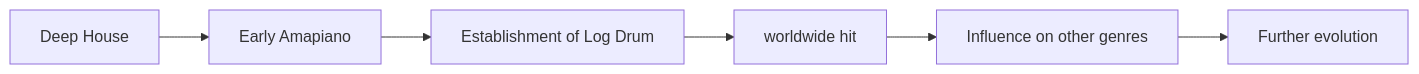
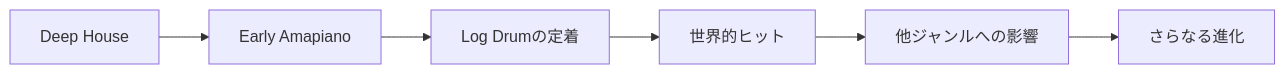
The sixth of 9 diagrams in en/_posts/2026-07-26-column-why-amapiano-feels-so-deep.md (monumental-movement/monumental-movement.github.io), drawn with Mermaid before and after one commit. The commit also changed other lines of this file and 2196 other files, not shown here.

```diff
--- a/en/_posts/2026-07-26-column-why-amapiano-feels-so-deep.md
+++ b/en/_posts/2026-07-26-column-why-amapiano-feels-so-deep.md
@@ -659,14 +658,14 @@
 <div class="mermaid">
 flowchart LR
 
 A[Deep House]
 A --> B[Early Amapiano]
 
-B --> C[Establishment of Log Drum]
+B --> C[Log Drumの定着]
 
-C --> D[worldwide hit]
+C --> D[世界的ヒット]
 
-D --> E[Influence on other genres]
+D --> E[他ジャンルへの影響]
 
-E --> F[Further evolution]
+E --> F[さらなる進化]
 </div>
```
